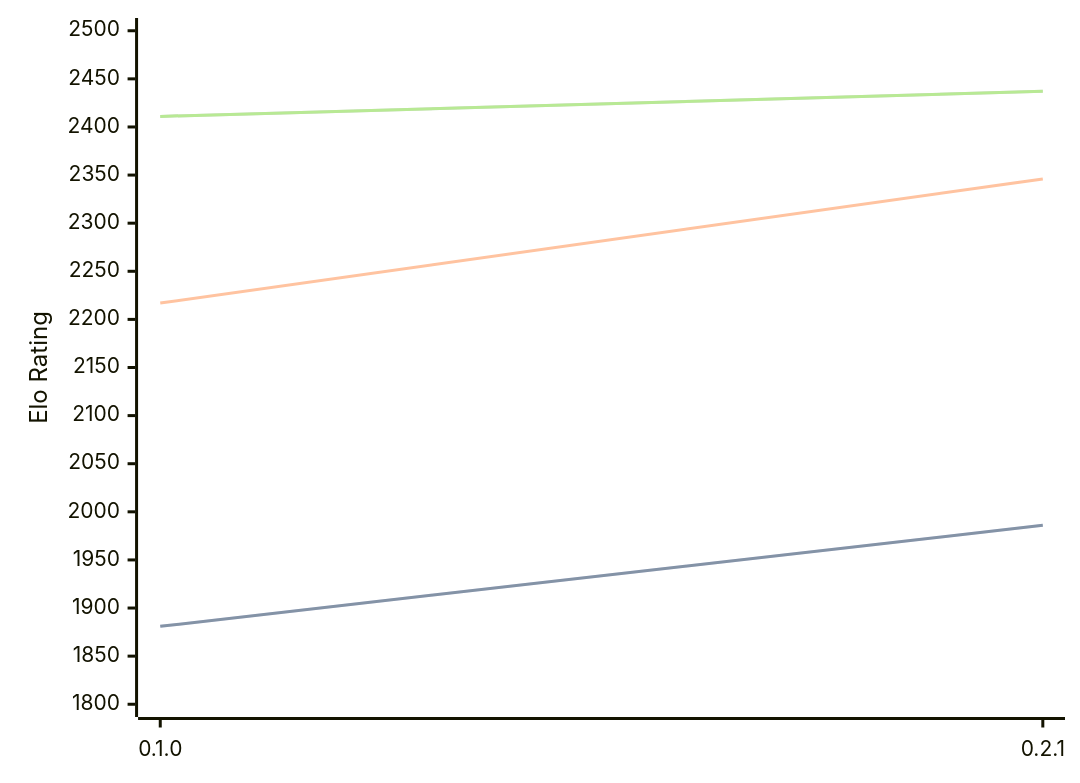
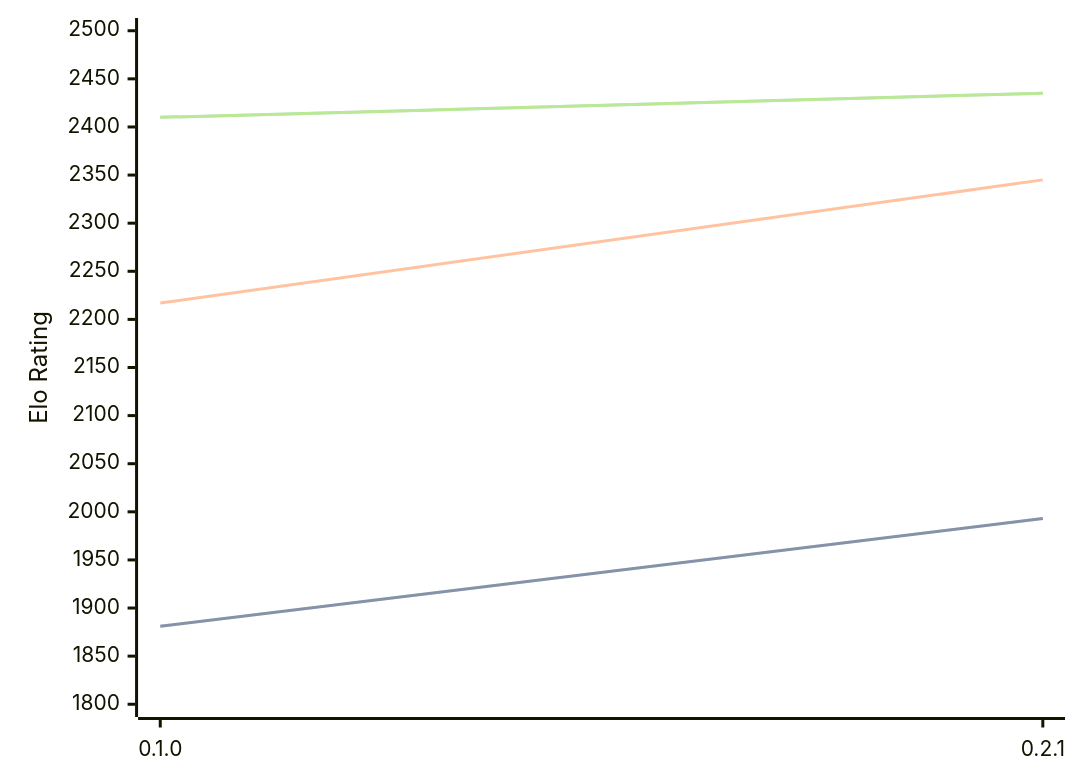
Before and after one commit to computer-chess-index/cci: the first of 3 diagrams in engines/Sykora.md, drawn with Mermaid. The commit also changed other lines of this file, not shown here.

Commit message:
Update CCI Ratings (ELO VLTC) - 2026-07-10

````diff
--- a/engines/Sykora.md
+++ b/engines/Sykora.md
@@ -33,11 +33,11 @@
 ```mermaid
 %%{init: {"theme":"base","themeVariables":{"seriesColors:['#a3a3a3','#222221','#faa371']}}}%%
 xychart-beta
   x-axis ["0.1.0", "0.2.1"]
   y-axis "Elo Rating" 1800 --> 2500
-  line "STC (8.0+0.08s)" [1881, 1986]
-  line "STC (8.0+0.08s)" [1881, 1986]
-  line "LTC (60.0+0.60s)" [2217, 2346]
-  line "VLTC (2m24s+1.12s)" [2411, 2437]
-  line "VLTC (2m24s+1.12s)" [2411, 2437]
+  line "STC (8.0+0.08s)" [1881, 1993]
+  line "STC (8.0+0.08s)" [1881, 1993]
+  line "LTC (60.0+0.60s)" [2217, 2345]
+  line "VLTC (2m24s+1.12s)" [2410, 2435]
+  line "VLTC (2m24s+1.12s)" [2410, 2435]
 ```
````
